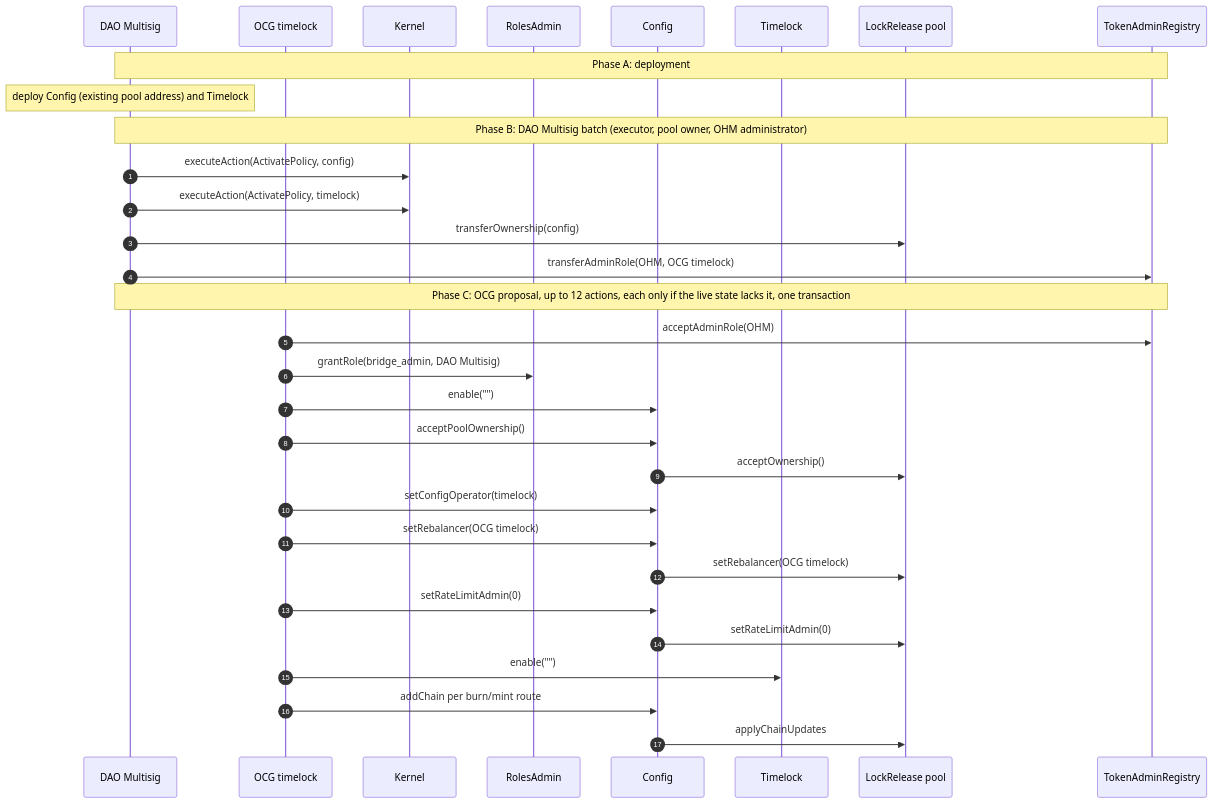
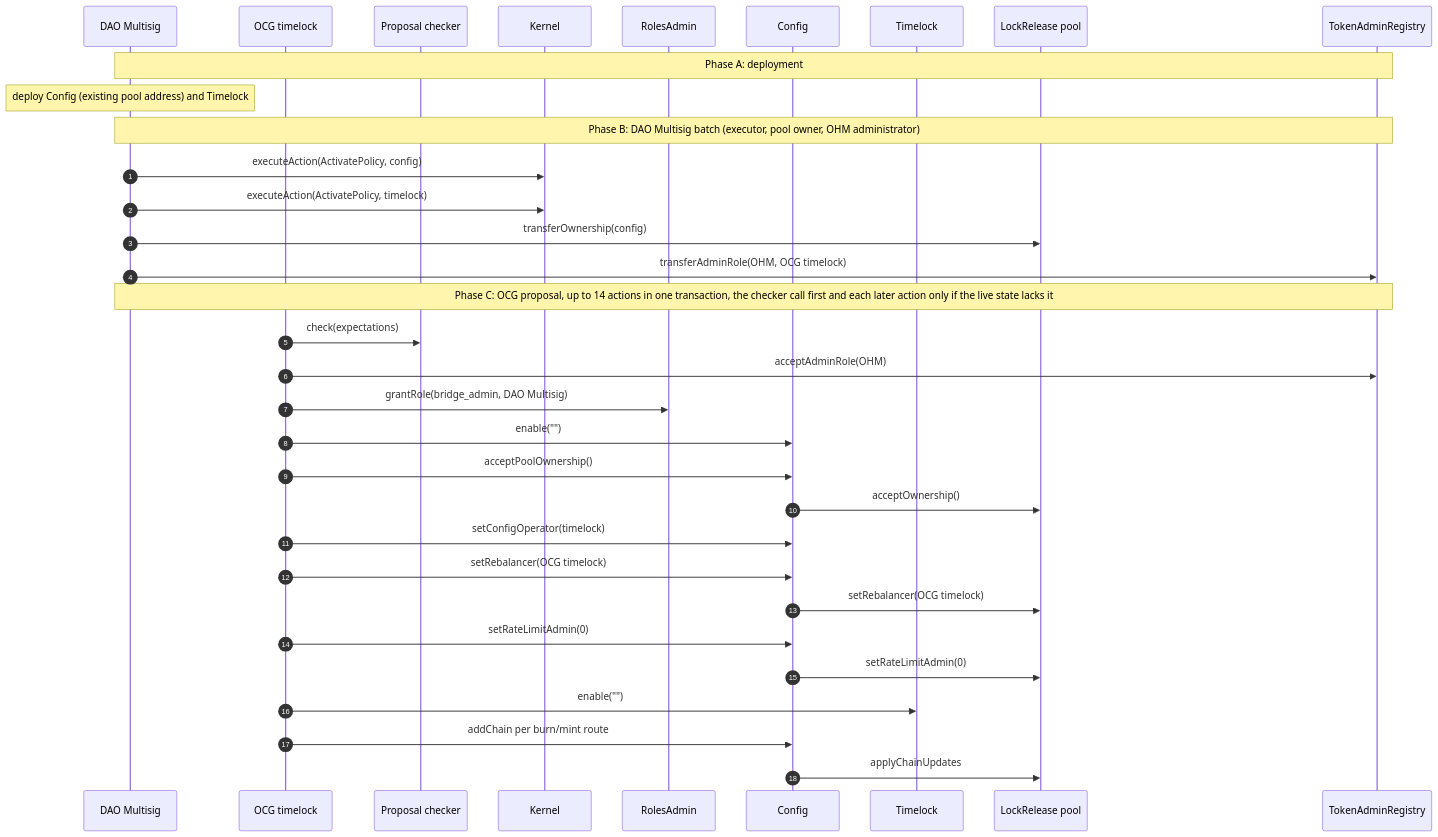
Before and after one commit to OlympusDAO/olympus-v3: the second of 7 diagrams in documentation/bridge/ccip/MIGRATION.md, drawn with Mermaid. The commit also changed 8 other files, not shown here.

````diff
--- a/documentation/bridge/ccip/MIGRATION.md
+++ b/documentation/bridge/ccip/MIGRATION.md
@@ -24,36 +24,38 @@
 ```mermaid
 sequenceDiagram
     autonumber
     participant DAO as DAO Multisig
     participant OCG as OCG timelock
+    participant CH as Proposal checker
     participant K as Kernel
     participant RA as RolesAdmin
     participant C as Config
     participant T as Timelock
     participant P as LockRelease pool
     participant REG as TokenAdminRegistry
 
     Note over DAO,REG: Phase A: deployment
     Note over DAO: deploy Config (existing pool address) and Timelock
 
     Note over DAO,REG: Phase B: DAO Multisig batch (executor, pool owner, OHM administrator)
     DAO->>K: executeAction(ActivatePolicy, config)
     DAO->>K: executeAction(ActivatePolicy, timelock)
     DAO->>P: transferOwnership(config)
     DAO->>REG: transferAdminRole(OHM, OCG timelock)
 
-    Note over DAO,REG: Phase C: OCG proposal, up to 12 actions, each only if the live state lacks it, one transaction
+    Note over DAO,REG: Phase C: OCG proposal, up to 14 actions in one transaction, the checker call first and each later action only if the live state lacks it
+    OCG->>CH: check(expectations)
     OCG->>REG: acceptAdminRole(OHM)
     OCG->>RA: grantRole(bridge_admin, DAO Multisig)
     OCG->>C: enable("")
     OCG->>C: acceptPoolOwnership()
     C->>P: acceptOwnership()
     OCG->>C: setConfigOperator(timelock)
     OCG->>C: setRebalancer(OCG timelock)
     C->>P: setRebalancer(OCG timelock)
     OCG->>C: setRateLimitAdmin(0)
     C->>P: setRateLimitAdmin(0)
     OCG->>T: enable("")
     OCG->>C: addChain per burn/mint route
     C->>P: applyChainUpdates
 ```
````
